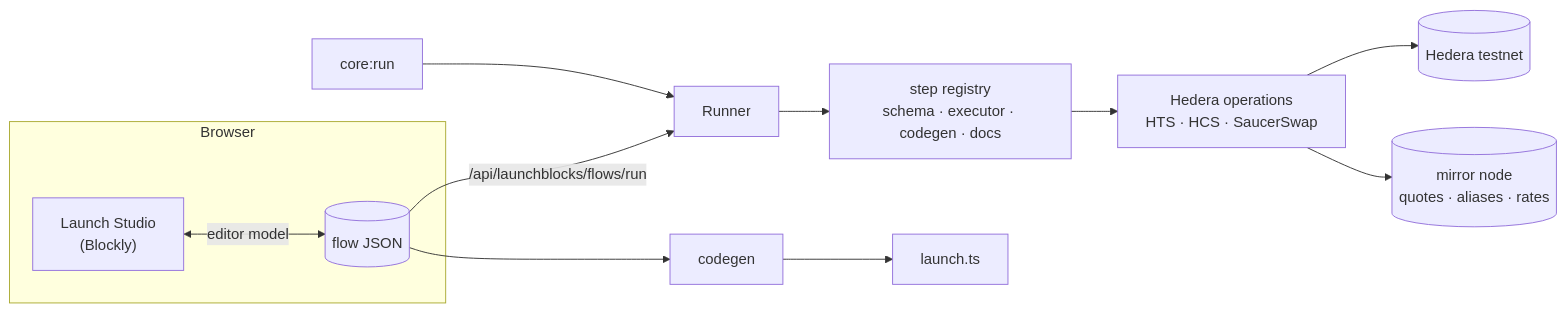
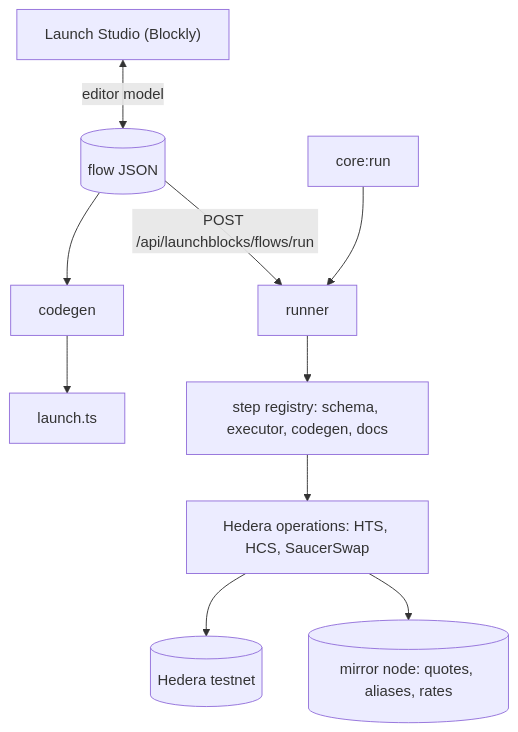
One commit to jmgomezl/scaffold-hbar-launchblocks changed the diagram in README.md. Above: the diagram before and after it, drawn with Mermaid.

Commit message:
docs: lay the architecture diagram out top to bottom
A left-to-right graph shrinks to unreadable text in GitHub's README
column.

````diff
--- a/README.md
+++ b/README.md
@@ -109,13 +109,11 @@
 ```mermaid
-flowchart LR
-  subgraph Browser
-    Studio["Launch Studio<br/>(Blockly)"] <-->|editor model| Flow[("flow JSON")]
-  end
-  Flow -->|/api/launchblocks/flows/run| Runner
+flowchart TB
+  Studio["Launch Studio (Blockly)"] <-->|editor model| Flow[("flow JSON")]
   CLI["core:run"] --> Runner
-  Runner --> Registry["step registry<br/>schema · executor · codegen · docs"]
-  Registry --> Ops["Hedera operations<br/>HTS · HCS · SaucerSwap"]
+  Flow -->|"POST /api/launchblocks/flows/run"| Runner["runner"]
+  Flow --> Codegen["codegen"] --> Script["launch.ts"]
+  Runner --> Registry["step registry: schema, executor, codegen, docs"]
+  Registry --> Ops["Hedera operations: HTS, HCS, SaucerSwap"]
   Ops --> Hedera[("Hedera testnet")]
-  Ops --> Mirror[("mirror node<br/>quotes · aliases · rates")]
-  Flow --> Codegen["codegen"] --> Script["launch.ts"]
+  Ops --> Mirror[("mirror node: quotes, aliases, rates")]
 ```
````
